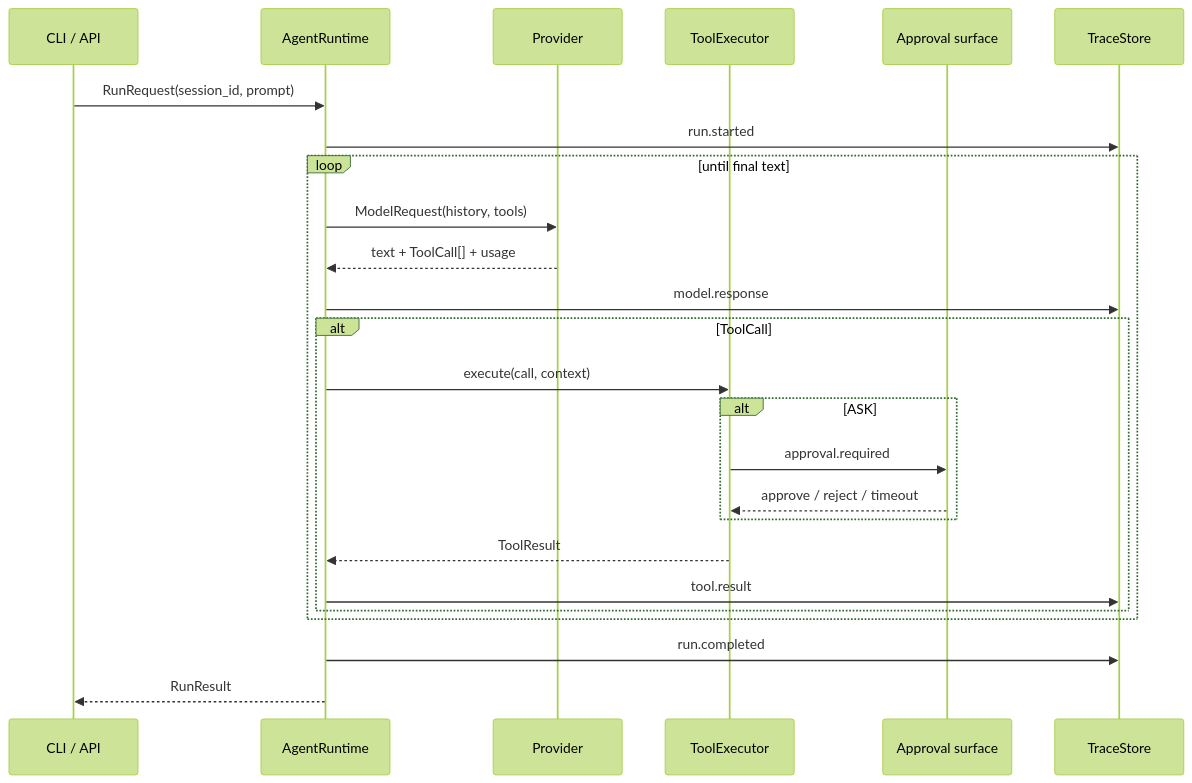
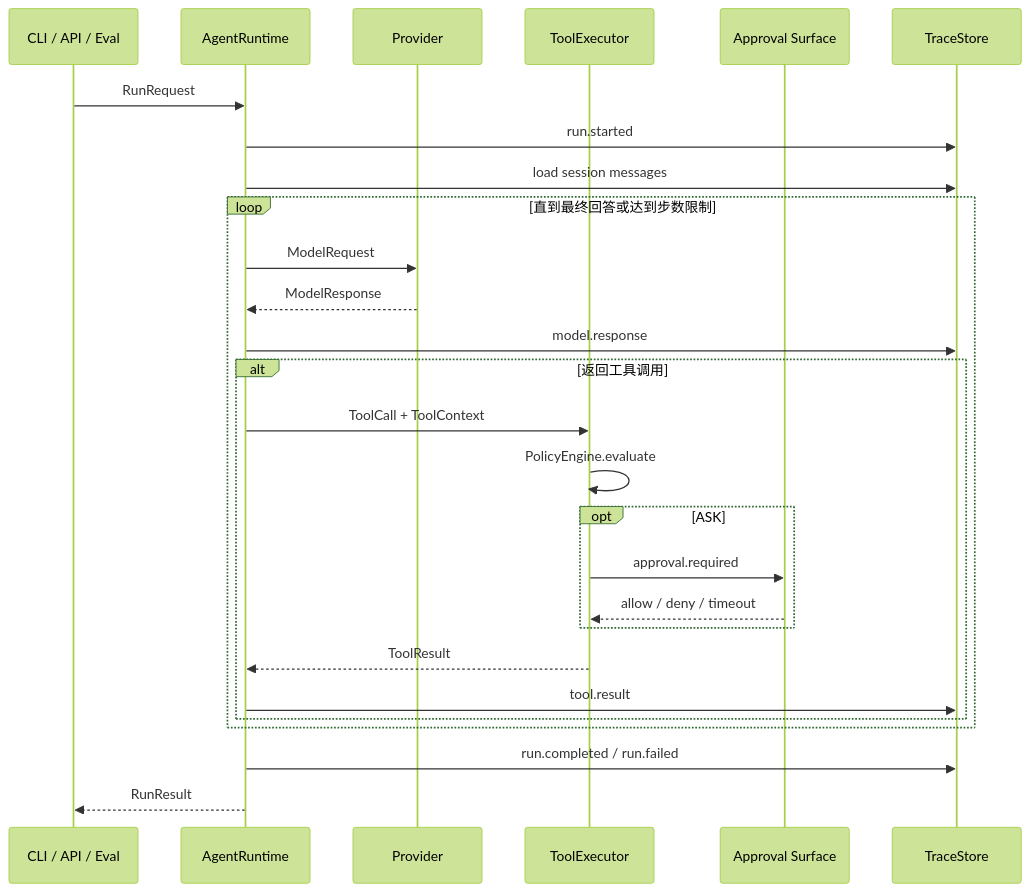
Before and after one commit to Zesadv7/eventide: the second of 2 diagrams in docs/architecture.md, drawn with Mermaid (forest theme). The commit also changed other lines of this file and 14 other files, not shown here.

````diff
--- a/docs/architecture.md
+++ b/docs/architecture.md
@@ -13,27 +53,30 @@
 ```mermaid
 sequenceDiagram
-    participant C as CLI / API
+    participant C as CLI / API / Eval
     participant R as AgentRuntime
     participant P as Provider
     participant X as ToolExecutor
-    participant A as Approval surface
+    participant A as Approval Surface
     participant S as TraceStore
-    C->>R: RunRequest(session_id, prompt)
+
+    C->>R: RunRequest
     R->>S: run.started
-    loop until final text
-        R->>P: ModelRequest(history, tools)
-        P-->>R: text + ToolCall[] + usage
+    R->>S: load session messages
+    loop 直到最终回答或达到步数限制
+        R->>P: ModelRequest
+        P-->>R: ModelResponse
         R->>S: model.response
-        alt ToolCall
-            R->>X: execute(call, context)
-            alt ASK
+        alt 返回工具调用
+            R->>X: ToolCall + ToolContext
+            X->>X: PolicyEngine.evaluate
+            opt ASK
                 X->>A: approval.required
-                A-->>X: approve / reject / timeout
+                A-->>X: allow / deny / timeout
             end
             X-->>R: ToolResult
             R->>S: tool.result
         end
     end
-    R->>S: run.completed
+    R->>S: run.completed / run.failed
     R-->>C: RunResult
 ```
````
